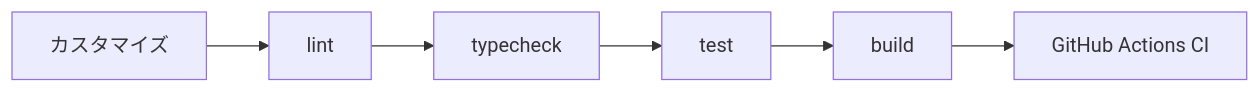
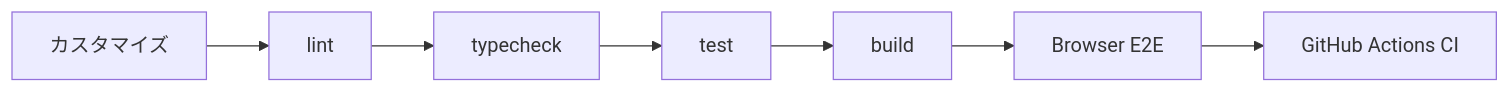
Before and after one commit to k-systems202208/nextjs-supabase-vercel-webapp-template: the sixth of 6 diagrams in docs/CUSTOMIZING.md, drawn with Mermaid. The commit also changed other lines of this file and 20 other files, not shown here.

````diff
--- a/docs/CUSTOMIZING.md
+++ b/docs/CUSTOMIZING.md
@@ -247,8 +268,9 @@
 ```mermaid
 flowchart LR
     A["カスタマイズ"] --> B["lint"]
     B --> C["typecheck"]
     C --> D["test"]
     D --> E["build"]
-    E --> F["GitHub Actions CI"]
+    E --> F["Browser E2E"]
+    F --> G["GitHub Actions CI"]
 ```
````
